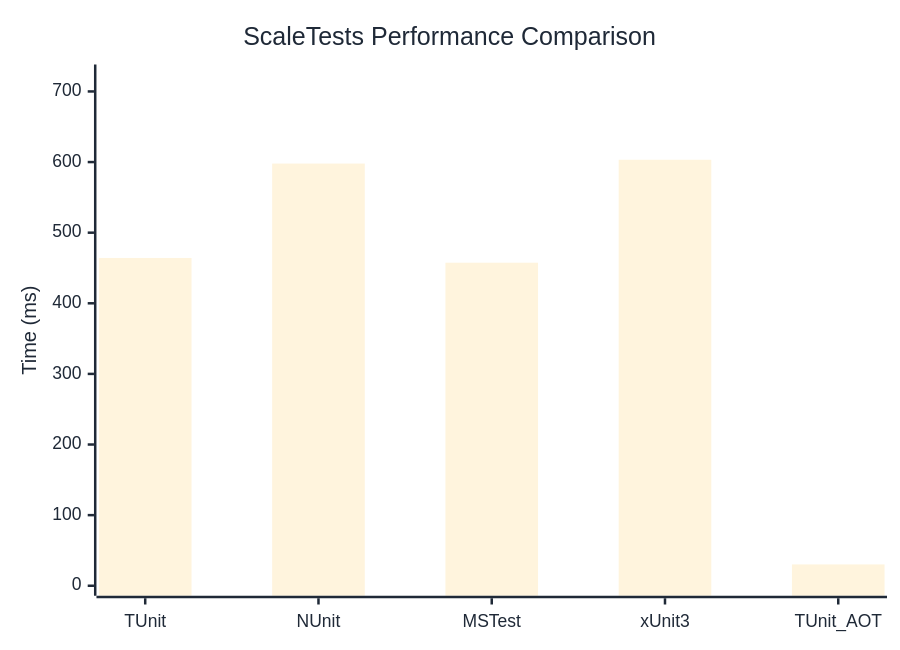
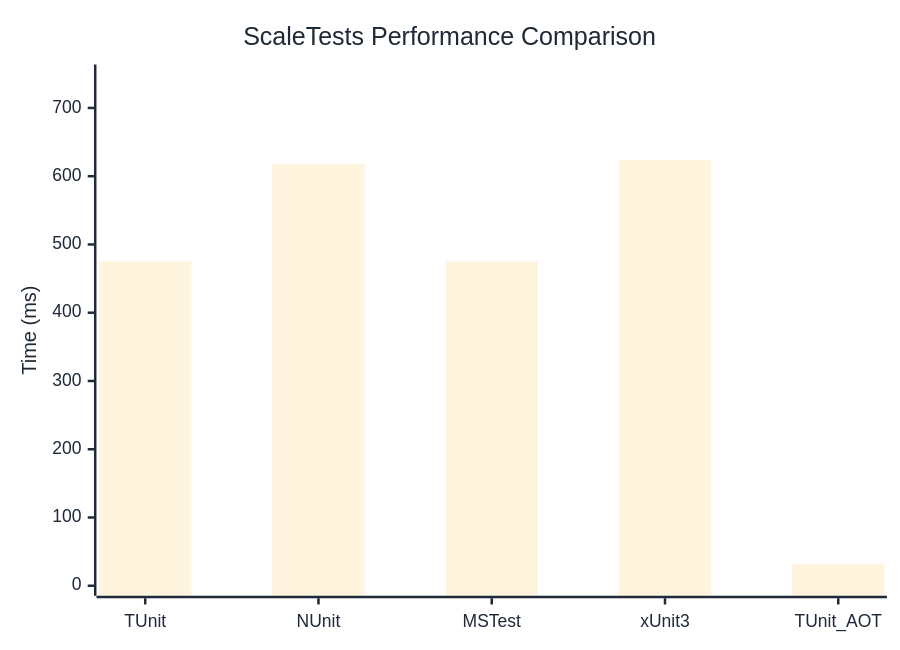
The diagram in docs/docs/benchmarks/ScaleTests.md (thomhurst/TUnit), drawn with Mermaid before and after one commit. The commit also changed other lines of this file and 17 other files, not shown here.

````diff
--- a/docs/docs/benchmarks/ScaleTests.md
+++ b/docs/docs/benchmarks/ScaleTests.md
@@ -27,37 +27,37 @@
 ```mermaid
 %%{init: {
   'theme':'base',
   'themeVariables': {
     'primaryColor': '#2563eb',
     'primaryTextColor': '#1f2937',
     'primaryBorderColor': '#1e40af',
     'lineColor': '#6b7280',
     'secondaryColor': '#7c3aed',
     'tertiaryColor': '#dc2626',
     'background': '#ffffff',
     'mainBkg': '#2563eb',
     'secondBkg': '#7c3aed',
     'tertiaryBkg': '#dc2626',
     'clusterBkg': '#f3f4f6',
     'edgeLabelBackground': '#ffffff',
     'tertiaryTextColor': '#1f2937',
     'pie1': '#2563eb',
     'pie2': '#7c3aed',
     'pie3': '#dc2626',
     'pie4': '#f59e0b',
     'pie5': '#10b981',
     'pie6': '#06b6d4',
     'pie7': '#ec4899',
     'pie8': '#6366f1',
     'pie9': '#84cc16',
     'pie10': '#f97316',
     'pie11': '#14b8a6',
     'pie12': '#a855f7'
   }
 }}%%
 xychart-beta
   title "ScaleTests Performance Comparison"
   x-axis ["TUnit", "NUnit", "MSTest", "xUnit3", "TUnit_AOT"]
-  y-axis "Time (ms)" 0 --> 724
-  bar [464.18, 597.88, 457.47, 603.24, 30.19]
+  y-axis "Time (ms)" 0 --> 749
+  bar [475.49, 617.86, 475.09, 623.88, 32.19]
 ```
````
